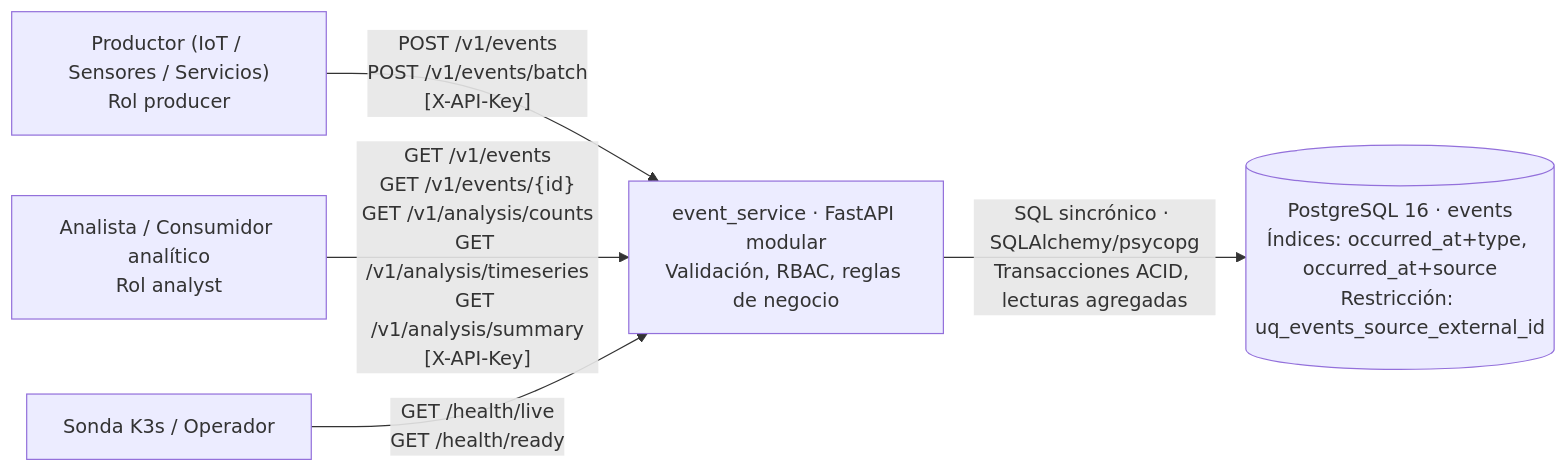
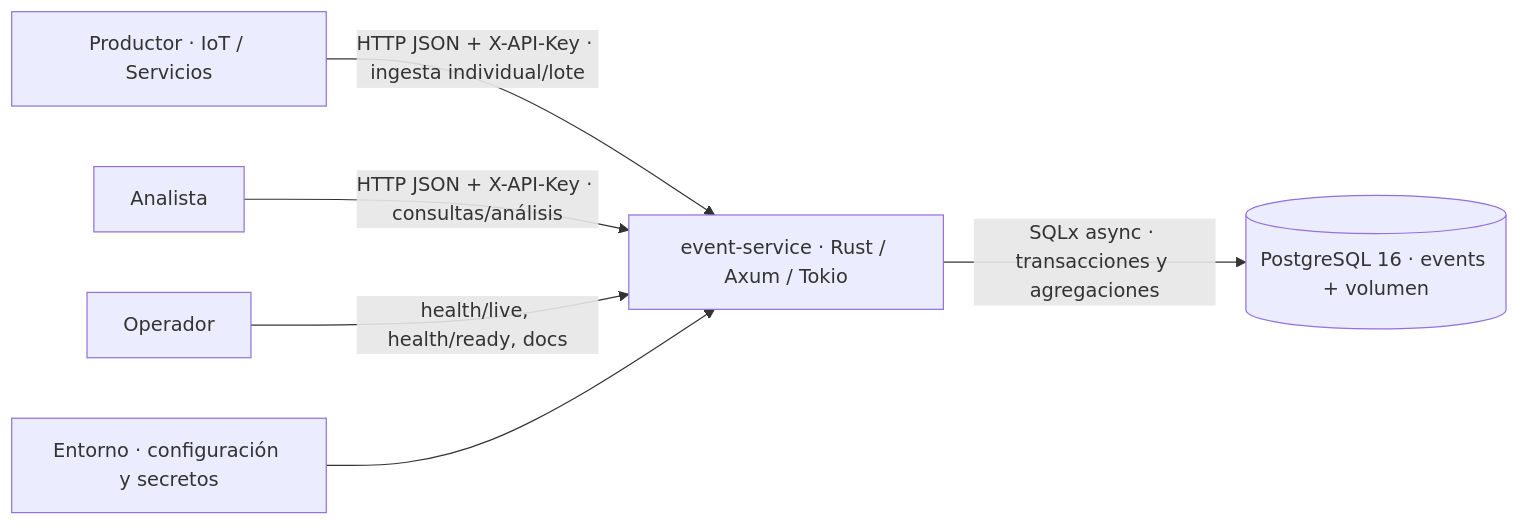
One commit to Sushiland123/Proyecto-Final-Metricas-y-DevOps changed the diagram in docs/arquitectura/contexto.md. Above: the diagram before and after it, drawn with Mermaid. The commit also changed other lines of this file and 74 other files, not shown here.

Commit message:
feat: deliver full Rust event platform and operational documentation

````diff
--- a/docs/arquitectura/contexto.md
+++ b/docs/arquitectura/contexto.md
@@ -5,7 +3,8 @@
 ```mermaid
 flowchart LR
-    producer["Productor (IoT / Sensores / Servicios)<br/>Rol producer"] -->|"POST /v1/events<br/>POST /v1/events/batch<br/>[X-API-Key]"| app
-    analyst["Analista / Consumidor analítico<br/>Rol analyst"] -->|"GET /v1/events<br/>GET /v1/events/{id}<br/>GET /v1/analysis/counts<br/>GET /v1/analysis/timeseries<br/>GET /v1/analysis/summary<br/>[X-API-Key]"| app
-    operator["Sonda K3s / Operador"] -->|"GET /health/live<br/>GET /health/ready"| app
-    app["event_service · FastAPI modular<br/>Validación, RBAC, reglas de negocio"] -->|"SQL sincrónico · SQLAlchemy/psycopg<br/>Transacciones ACID, lecturas agregadas"| db[("PostgreSQL 16 · events<br/>Índices: occurred_at+type, occurred_at+source<br/>Restricción: uq_events_source_external_id")]
+    producer["Productor · IoT / Servicios"] -->|"HTTP JSON + X-API-Key · ingesta individual/lote"| app
+    analyst["Analista"] -->|"HTTP JSON + X-API-Key · consultas/análisis"| app
+    operator["Operador"] -->|"health/live, health/ready, docs"| app
+    app["event-service · Rust / Axum / Tokio"] -->|"SQLx async · transacciones y agregaciones"| db[("PostgreSQL 16 · events + volumen")]
+    env["Entorno · configuración y secretos"] --> app
 ```
````
